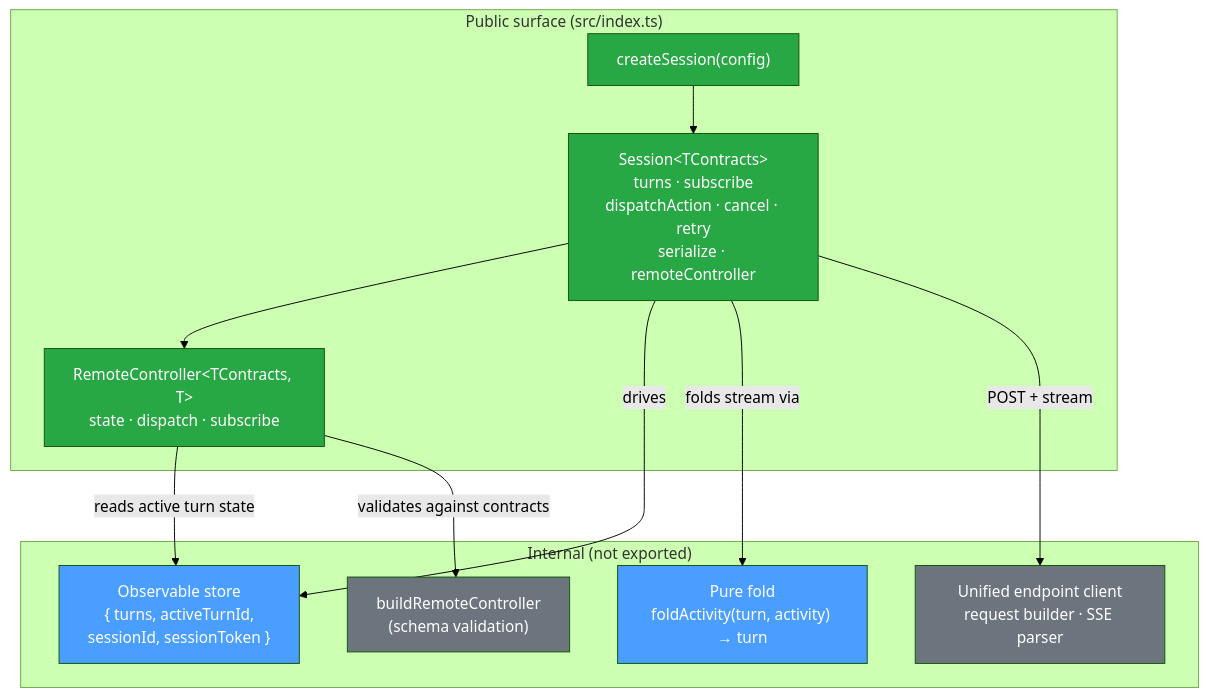
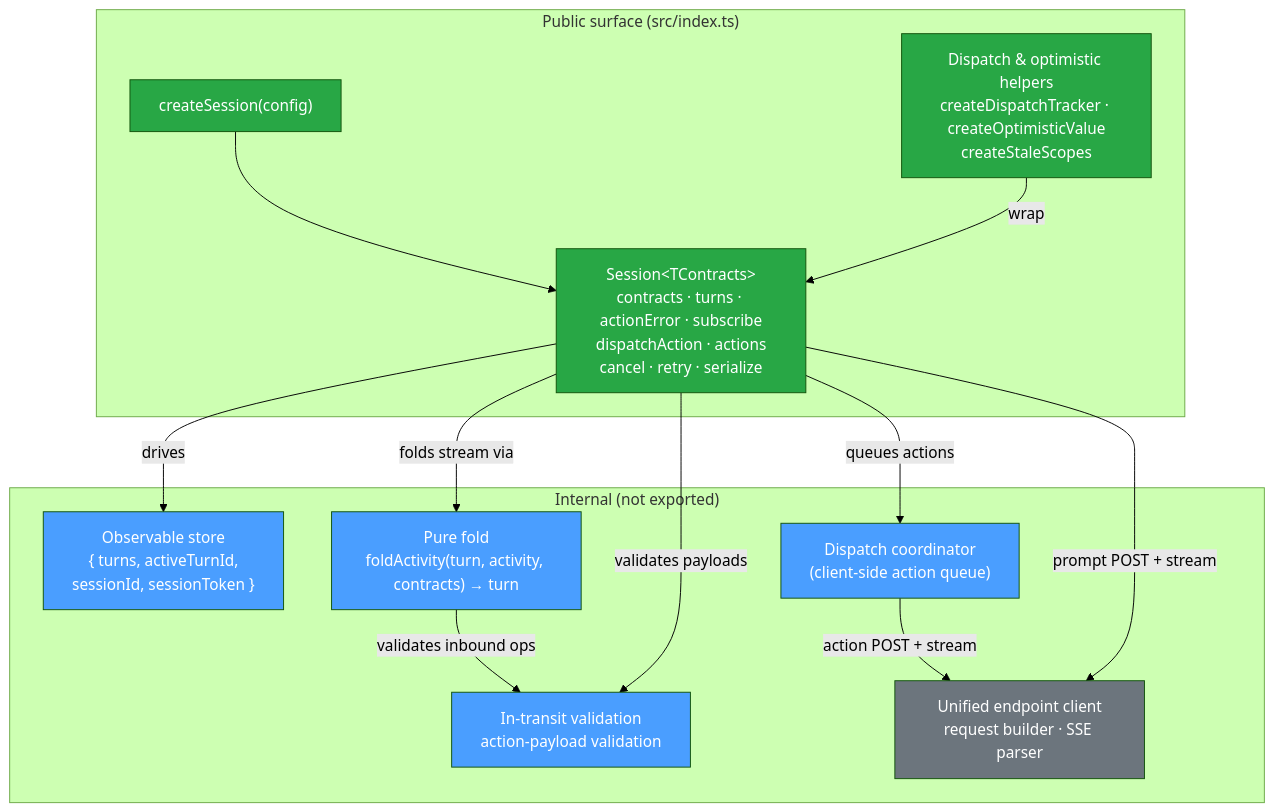
Before and after one commit to coveo/ui-kit: the first of 2 diagrams in packages/thermidor/docs/architecture.md, drawn with Mermaid (forest theme). The commit also changed other lines of this file and 3 other files, not shown here.

Commit message:
docs(thermidor): refresh the demo sample and package architecture docs j:KIT-6348 (#8706)

````diff
--- a/packages/thermidor/docs/architecture.md
+++ b/packages/thermidor/docs/architecture.md
@@ -17,31 +17,35 @@
 ```mermaid
 graph TB
     subgraph "Public surface (src/index.ts)"
         CS["createSession(config)"]
-        SESSION["Session&lt;TContracts&gt;<br/>turns · subscribe<br/>dispatchAction · cancel · retry<br/>serialize · remoteController"]
-        RC["RemoteController&lt;TContracts, T&gt;<br/>state · dispatch · subscribe"]
+        SESSION["Session&lt;TContracts&gt;<br/>contracts · turns · actionError · subscribe<br/>dispatchAction · actions<br/>cancel · retry · serialize"]
+        HELPERS["Dispatch &amp; optimistic helpers<br/>createDispatchTracker · createOptimisticValue<br/>createStaleScopes"]
     end
 
     subgraph "Internal (not exported)"
         STORE["Observable store<br/>{ turns, activeTurnId,<br/>sessionId, sessionToken }"]
-        FOLD["Pure fold<br/>foldActivity(turn, activity) → turn"]
+        FOLD["Pure fold<br/>foldActivity(turn, activity, contracts) → turn"]
+        VALID["In-transit validation<br/>action-payload validation"]
+        QUEUE["Dispatch coordinator<br/>(client-side action queue)"]
         API["Unified endpoint client<br/>request builder · SSE parser"]
-        BRC["buildRemoteController<br/>(schema validation)"]
     end
 
     CS --> SESSION
-    SESSION --> RC
     SESSION -->|drives| STORE
     SESSION -->|folds stream via| FOLD
-    SESSION -->|POST + stream| API
-    RC -->|reads active turn state| STORE
-    RC -->|validates against contracts| BRC
+    FOLD -->|validates inbound ops| VALID
+    SESSION -->|validates payloads| VALID
+    SESSION -->|queues actions| QUEUE
+    QUEUE -->|action POST + stream| API
+    SESSION -->|prompt POST + stream| API
+    HELPERS -->|wrap| SESSION
 
     style CS fill:#28a745,color:#fff
     style SESSION fill:#28a745,color:#fff
-    style RC fill:#28a745,color:#fff
+    style HELPERS fill:#28a745,color:#fff
     style STORE fill:#4a9eff,color:#fff
     style FOLD fill:#4a9eff,color:#fff
+    style VALID fill:#4a9eff,color:#fff
+    style QUEUE fill:#4a9eff,color:#fff
     style API fill:#6c757d,color:#fff
-    style BRC fill:#6c757d,color:#fff
 ```
````
